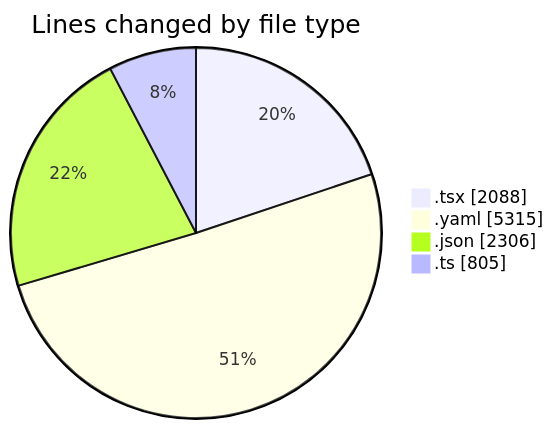
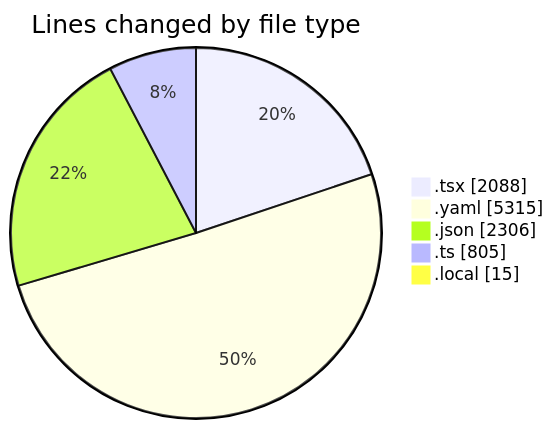
Before and after one commit to julien-gomy/code-tracking: the first of 2 diagrams in 2025-11-07/eventscop-frontend-guide__workspace_/README.md, drawn with Mermaid. The commit also changed other lines of this file and 1 other file, not shown here.

````diff
--- a/2025-11-07/eventscop-frontend-guide__workspace_/README.md
+++ b/2025-11-07/eventscop-frontend-guide__workspace_/README.md
@@ -47,8 +48,9 @@
 ```mermaid
 pie showData
 title Lines changed by file type
 ".tsx" : 2088
 ".yaml" : 5315
 ".json" : 2306
 ".ts" : 805
+".local" : 15
 ```
````
